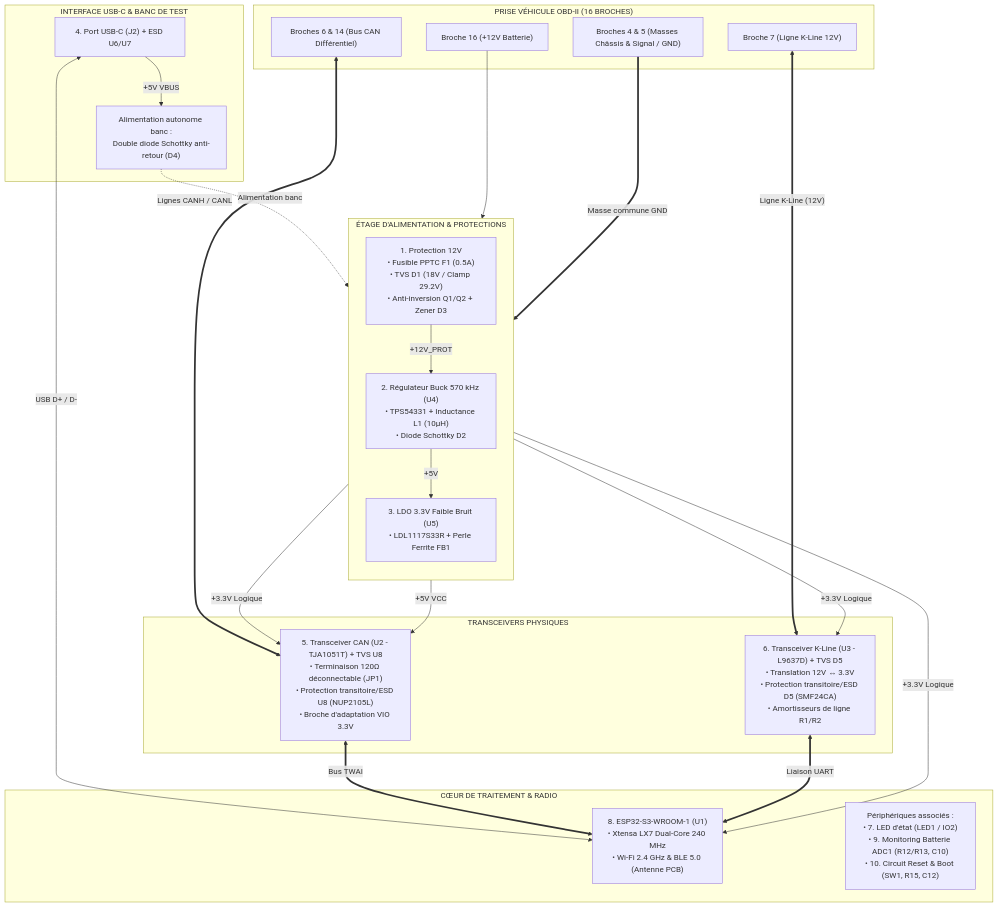
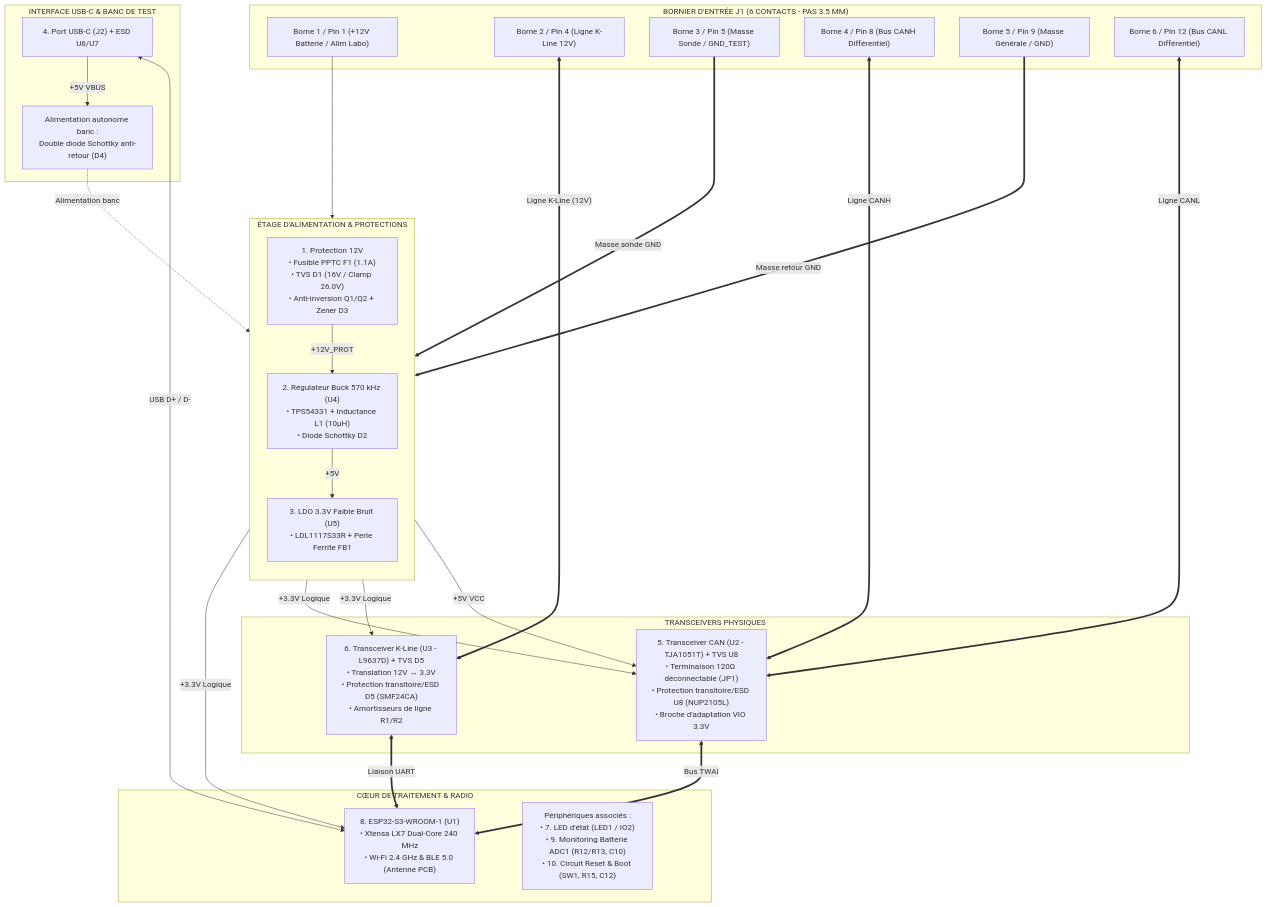
The first of 9 diagrams in HARDWARE.md (nitrogene/OBD2), drawn with Mermaid before and after one commit. The commit also changed other lines of this file and 9 other files, not shown here.

Commit message:
feat(schematic): replace OBD-II connector J1 with 6-pin spring terminal block (C8418)

````diff
--- a/HARDWARE.md
+++ b/HARDWARE.md
@@ -26,60 +26,64 @@
 ```mermaid
 %%{init: {
   'themeVariables': {
     'fontFamily': 'Consolas, "Courier New", monospace',
     'fontSize': '12px'
   },
   'flowchart': {
     'curve': 'stepBefore',
     'nodeSpacing': 30,
     'rankSpacing': 40
   }
 }}%%
 flowchart TD
-    subgraph OBD["PRISE VÉHICULE OBD-II (16 BROCHES)"]
-        PIN16["Broche 16 (+12V Batterie)"]
-        PIN4_5["Broches 4 & 5 (Masses Châssis & Signal / GND)"]
-        PIN6_14["Broches 6 & 14 (Bus CAN Différentiel)"]
-        PIN7["Broche 7 (Ligne K-Line 12V)"]
+    subgraph J1_BLOCK["BORNIER D'ENTRÉE J1 (6 CONTACTS - PAS 3.5 MM)"]
+        PIN1["Borne 1 / Pin 1 (+12V Batterie / Alim Labo)"]
+        PIN4["Borne 2 / Pin 4 (Ligne K-Line 12V)"]
+        PIN5["Borne 3 / Pin 5 (Masse Sonde / GND_TEST)"]
+        PIN8["Borne 4 / Pin 8 (Bus CANH Différentiel)"]
+        PIN9["Borne 5 / Pin 9 (Masse Générale / GND)"]
+        PIN12["Borne 6 / Pin 12 (Bus CANL Différentiel)"]
     end
 
     subgraph POWER["ÉTAGE D'ALIMENTATION & PROTECTIONS"]
         direction TB
-        F1["1. Protection 12V\n• Fusible PPTC F1 (0.5A)\n• TVS D1 (18V / Clamp 29.2V)\n• Anti-inversion Q1/Q2 + Zener D3"]
+        F1["1. Protection 12V\n• Fusible PPTC F1 (1.1A)\n• TVS D1 (16V / Clamp 26.0V)\n• Anti-inversion Q1/Q2 + Zener D3"]
         BUCK["2. Régulateur Buck 570 kHz (U4)\n• TPS54331 + Inductance L1 (10µH)\n• Diode Schottky D2"]
         LDO["3. LDO 3.3V Faible Bruit (U5)\n• LDL1117S33R + Perle Ferrite FB1"]
         F1 -->|"+12V_PROT"| BUCK
         BUCK -->|"+5V"| LDO
     end
 
     subgraph TRANSCEIVERS["TRANSCEIVERS PHYSIQUES"]
         CAN_IC["5. Transceiver CAN (U2 - TJA1051T) + TVS U8\n• Terminaison 120Ω déconnectable (JP1)\n• Protection transitoire/ESD U8 (NUP2105L)\n• Broche d'adaptation VIO 3.3V"]
         KLINE_IC["6. Transceiver K-Line (U3 - L9637D) + TVS D5\n• Translation 12V ↔ 3.3V\n• Protection transitoire/ESD D5 (SMF24CA)\n• Amortisseurs de ligne R1/R2"]
     end
 
     subgraph MCU["CŒUR DE TRAITEMENT & RADIO"]
         ESP["8. ESP32-S3-WROOM-1 (U1)\n• Xtensa LX7 Dual-Core 240 MHz\n• Wi-Fi 2.4 GHz & BLE 5.0 (Antenne PCB)"]
         PERIPH["Périphériques associés :\n• 7. LED d'état (LED1 / IO2)\n• 9. Monitoring Batterie ADC1 (R12/R13, C10)\n• 10. Circuit Reset & Boot (SW1, R15, C12)"]
     end
 
     subgraph USB_DEBUG["INTERFACE USB-C & BANC DE TEST"]
         USBC["4. Port USB-C (J2) + ESD U6/U7"]
         D4["Alimentation autonome banc :\nDouble diode Schottky anti-retour (D4)"]
         USBC -->|"+5V VBUS"| D4
         D4 -.->|Alimentation banc| BUCK
         USBC <-->|"USB D+ / D-"| ESP
     end
 
-    PIN16 --> F1
-    PIN4_5 ===>|"Masse commune GND"| POWER
-    PIN6_14 <==>|"Lignes CANH / CANL"| CAN_IC
-    PIN7 <==>|"Ligne K-Line (12V)"| KLINE_IC
+    PIN1 --> F1
+    PIN5 ===>|"Masse sonde GND"| POWER
+    PIN9 ===>|"Masse retour GND"| POWER
+    PIN8 <==>|"Ligne CANH"| CAN_IC
+    PIN12 <==>|"Ligne CANL"| CAN_IC
+    PIN4 <==>|"Ligne K-Line (12V)"| KLINE_IC
 
     LDO -->|"+3.3V Logique"| ESP
     LDO -->|"+3.3V Logique"| CAN_IC
     LDO -->|"+3.3V Logique"| KLINE_IC
     BUCK -->|"+5V VCC"| CAN_IC
 
     CAN_IC <==>|"Bus TWAI"| ESP
     KLINE_IC <==>|"Liaison UART"| ESP
 ```
````
